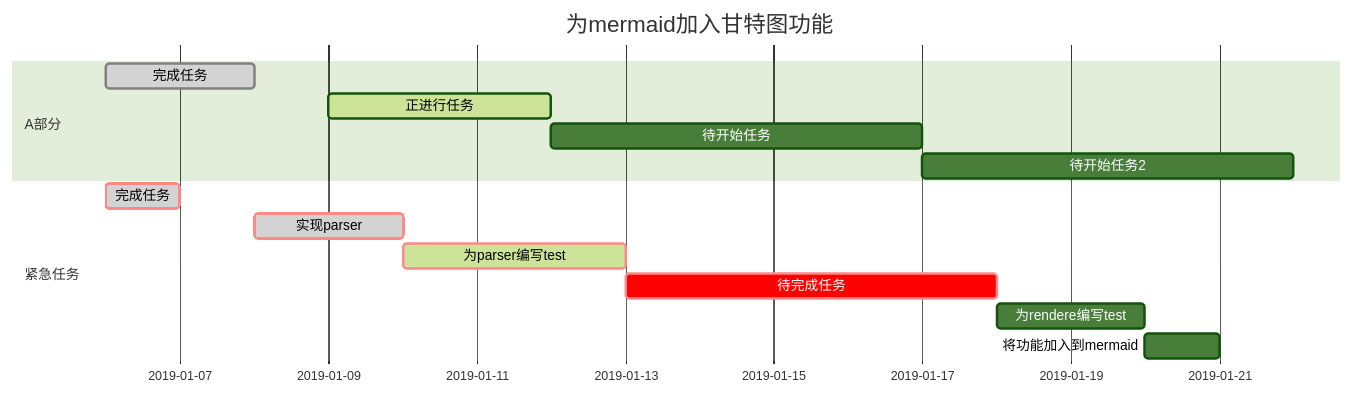
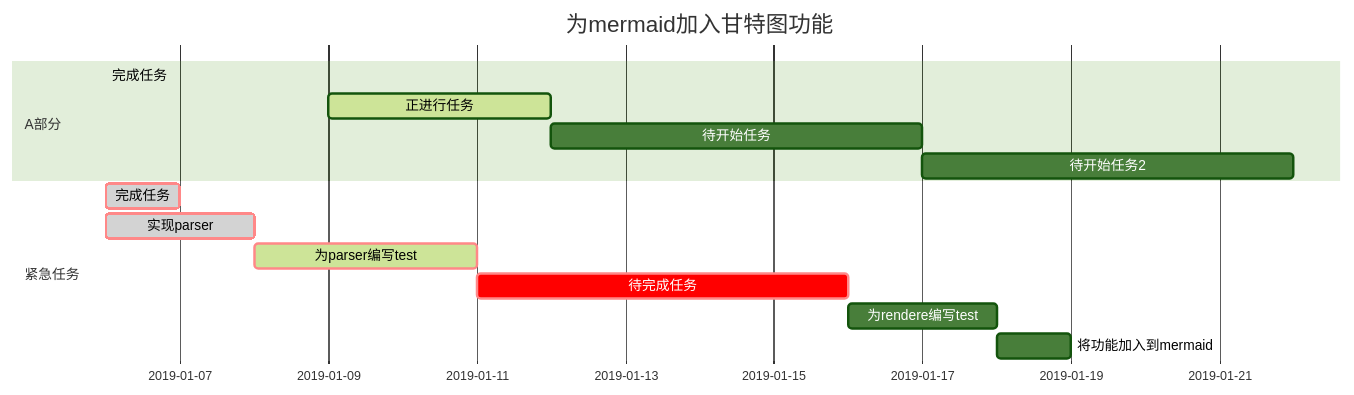
The fourth of 4 diagrams in README.md (MIKEHHQ/Markdown), drawn with Mermaid (forest theme) before and after one commit. The commit also changed other lines of this file and 3 other files, not shown here.

````diff
--- a/README.md
+++ b/README.md
@@ -55,17 +64,17 @@
 ```mermaid
 gantt
-    dateFormat  YYYY-MM-DD
+    dateFormat  YYYY-MM-DDenhancedmarkdown
     title 为mermaid加入甘特图功能
     section A部分
-    完成任务        :done, des1,2019-01-06,2019-01-08
+    完成任务        :crit,done, des1,2019-01-06,2019-01-08
     正进行任务      :active, des2,2019-01-09,3d
     待开始任务      :des3, after des2, 5d
     待开始任务2     :des4, after des3, 5d
     section 紧急任务
     完成任务        :crit,done,2019-01-06,24h
     实现parser     :crit,done,after des1, 2d
     为parser编写test :crit, active, 3d
     待完成任务      :crit,5d
     为rendere编写test: 2d
     将功能加入到mermaid: 1d
 ```
````
